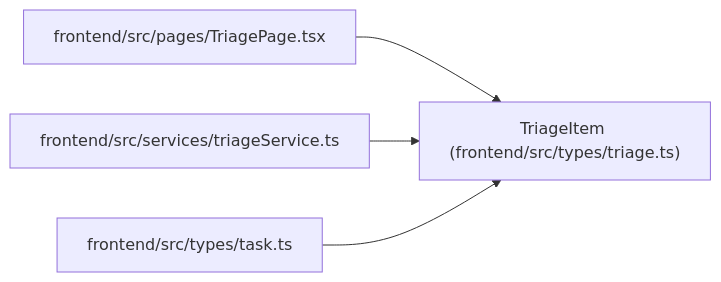
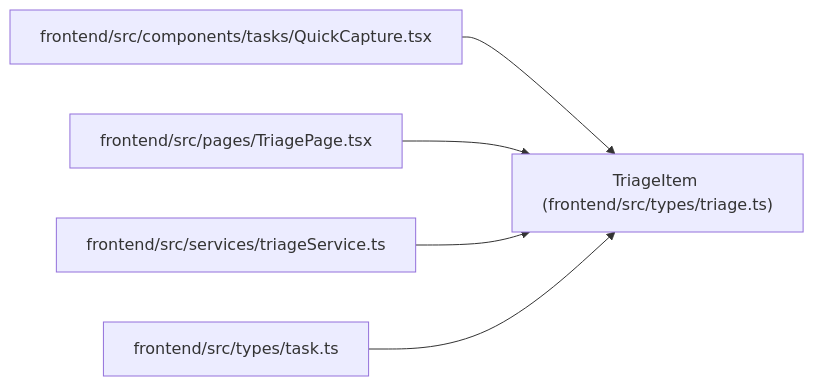
The diagram in docs/llm_wiki/entities/types_triage_TriageItem.md (Denissvgn/WorkChord), drawn with Mermaid before and after one commit. The commit also changed other lines of this file and 386 other files, not shown here.

Commit message:
docs(wiki): refresh for quick capture

````diff
--- a/docs/llm_wiki/entities/types_triage_TriageItem.md
+++ b/docs/llm_wiki/entities/types_triage_TriageItem.md
@@ -45,14 +45,17 @@
 ```mermaid
 flowchart LR
     n0["TriageItem (frontend/src/types/triage.ts)"]
-    n1["frontend/src/pages/TriagePage.tsx"]
-    n2["frontend/src/services/triageService.ts"]
-    n3["frontend/src/types/task.ts"]
+    n1["frontend/src/components/tasks/QuickCapture.tsx"]
+    n2["frontend/src/pages/TriagePage.tsx"]
+    n3["frontend/src/services/triageService.ts"]
+    n4["frontend/src/types/task.ts"]
     n1 --> n0
     n2 --> n0
     n3 --> n0
+    n4 --> n0
     click n0 "../modules/types_triage.md"
-    click n1 "../modules/TriagePage.md"
-    click n2 "../modules/triageService.md"
-    click n3 "../modules/types_task.md"
+    click n1 "../modules/QuickCapture.md"
+    click n2 "../modules/TriagePage.md"
+    click n3 "../modules/triageService.md"
+    click n4 "../modules/types_task.md"
 ```
````
